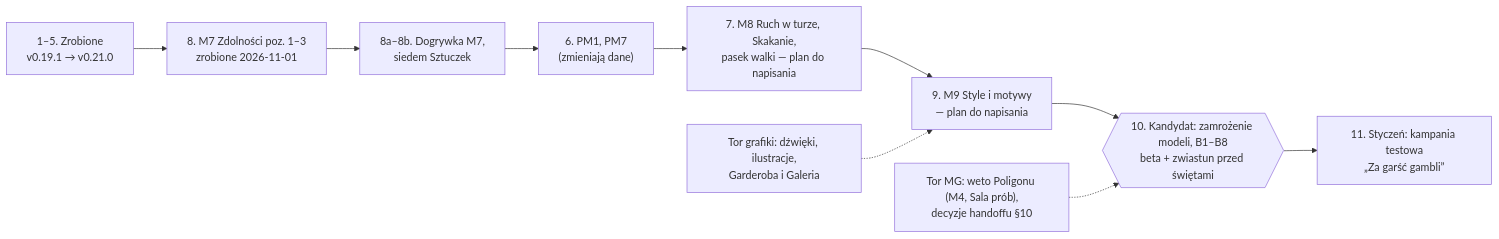
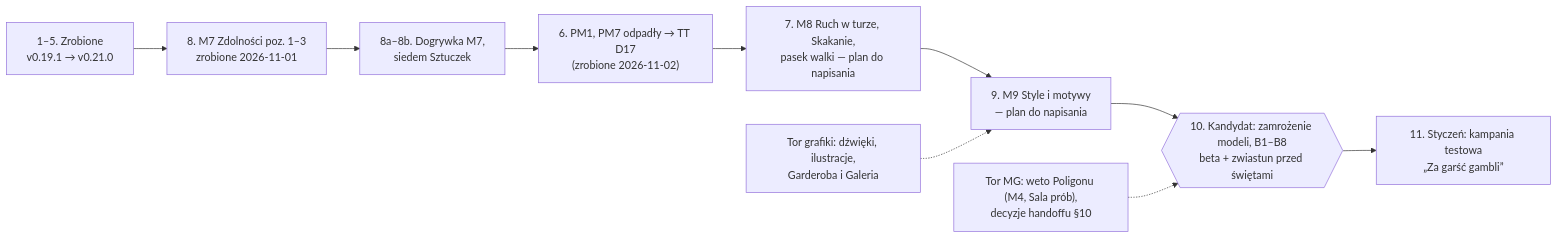
Before and after one commit to jjanisze/FVTT-NOE: the first of 2 diagrams in PLAN_beta.md, drawn with Mermaid. The commit also changed other lines of this file and 9 other files, not shown here.

````diff
--- a/PLAN_beta.md
+++ b/PLAN_beta.md
@@ -52,12 +52,12 @@
 ```mermaid
 flowchart LR
   DONE["1–5. Zrobione<br/>v0.19.1 → v0.21.0"] --> M7["8. M7 Zdolności poz. 1–3<br/>zrobione 2026-11-01"]
   M7 --> M7B["8a–8b. Dogrywka M7,<br/>siedem Sztuczek"]
-  M7B --> PM["6. PM1, PM7<br/>(zmieniają dane)"]
+  M7B --> PM["6. PM1, PM7 odpadły → TT D17<br/>(zrobione 2026-11-02)"]
   PM --> RU["7. M8 Ruch w turze, Skakanie,<br/>pasek walki — plan do napisania"]
   RU --> ST["9. M9 Style i motywy<br/>— plan do napisania"]
   ST --> RC{{"10. Kandydat: zamrożenie modeli, B1–B8<br/>beta + zwiastun przed świętami"}}
   RC --> GG["11. Styczeń: kampania testowa<br/>„Za garść gambli”"]
   MG["Tor MG: weto Poligonu (M4, Sala prób),<br/>decyzje handoffu §10"] -.-> RC
   ART["Tor grafiki: dźwięki, ilustracje,<br/>Garderoba i Galeria"] -.-> ST
 ```
````
